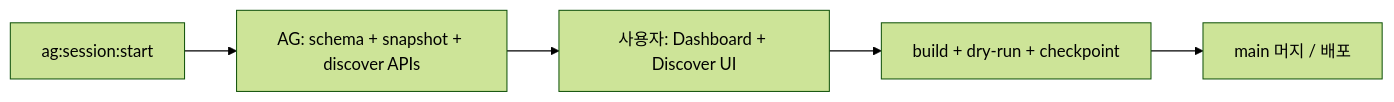
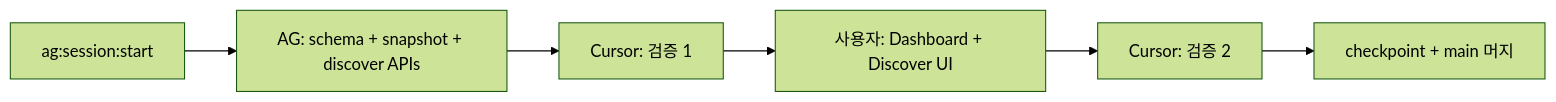
One commit to asiaunion/GSF-Investor changed the diagram in docs/specs/2026-05-21-investor-upgrade-design-v2.md. Above: the diagram before and after it, drawn with Mermaid (forest theme). The commit also changed other lines of this file, not shown here.

First line of the commit message:
docs: clarify §13 execution (AG) vs verification (Cursor)

````diff
--- a/docs/specs/2026-05-21-investor-upgrade-design-v2.md
+++ b/docs/specs/2026-05-21-investor-upgrade-design-v2.md
@@ -455,7 +475,8 @@
 ```mermaid
 flowchart LR
   start[ag:session:start] --> agBE[AG: schema + snapshot + discover APIs]
-  agBE --> userUI[사용자: Dashboard + Discover UI]
-  userUI --> verify[build + dry-run + checkpoint]
-  verify --> merge[main 머지 / 배포]
+  agBE --> v1[Cursor: 검증 1]
+  v1 --> userUI[사용자: Dashboard + Discover UI]
+  userUI --> v2[Cursor: 검증 2]
+  v2 --> merge[checkpoint + main 머지]
 ```
````
